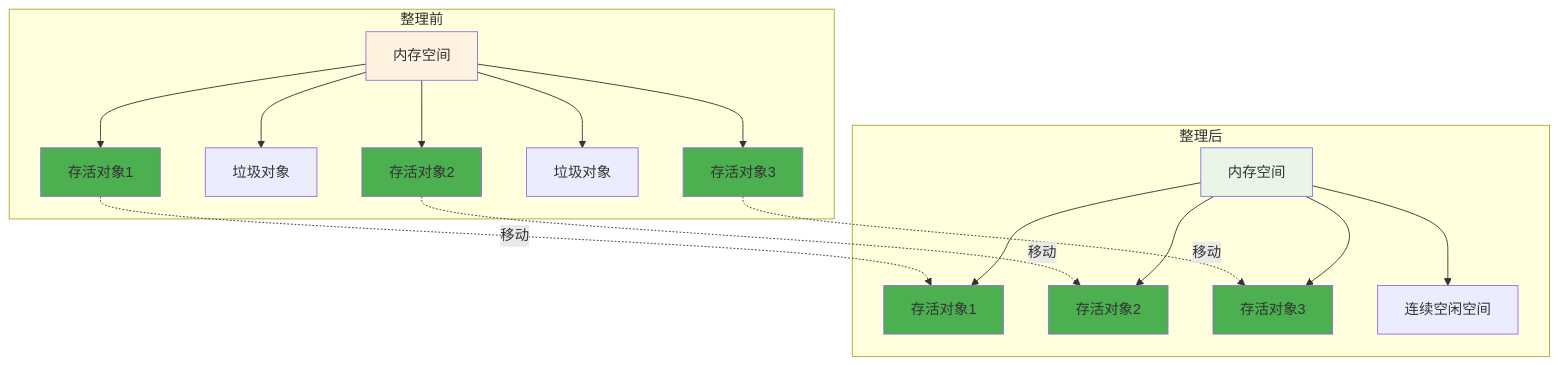
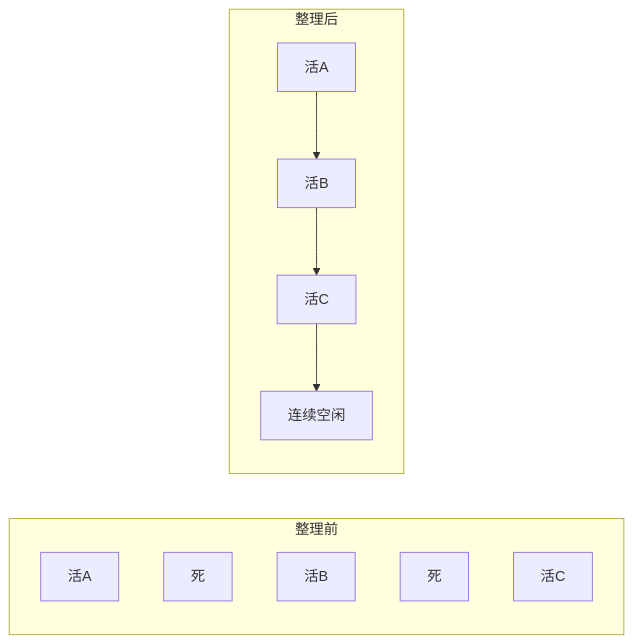
One commit to chongyang211/YCBookBlog changed the eighth of 9 diagrams in 00.通用技术的提升/02.程序编程原理/04.第4卷-内存的真相/33.内存回收机制设计.md. Above: the diagram before and after it, drawn with Mermaid. The commit also changed other lines of this file and 1 other file, not shown here.

````diff
--- a/00.通用技术的提升/02.程序编程原理/04.第4卷-内存的真相/33.内存回收机制设计.md
+++ b/00.通用技术的提升/02.程序编程原理/04.第4卷-内存的真相/33.内存回收机制设计.md
@@ -716,32 +785,13 @@
 ```mermaid
-graph TB
-    subgraph "整理前"
-        A[内存空间]
-        A --> A1[存活对象1]
-        A --> A2[垃圾对象]
-        A --> A3[存活对象2]
-        A --> A4[垃圾对象]
-        A --> A5[存活对象3]
+flowchart LR
+    subgraph Before[整理前]
+        A1[活A]
+        A2[死]
+        A3[活B]
+        A4[死]
+        A5[活C]
     end
-    
-    subgraph "整理后"
-        B[内存空间]
-        B --> B1[存活对象1]
-        B --> B2[存活对象2]
-        B --> B3[存活对象3]
-        B --> B4[连续空闲空间]
+    subgraph After[整理后]
+        B1[活A] --> B2[活B] --> B3[活C] --> B4[连续空闲]
     end
-    
-    A1 -.移动.-> B1
-    A3 -.移动.-> B2
-    A5 -.移动.-> B3
-    
-    style A fill:#fff3e0
-    style B fill:#e8f5e8
-    style A1 fill:#4caf50
-    style A3 fill:#4caf50
-    style A5 fill:#4caf50
-    style B1 fill:#4caf50
-    style B2 fill:#4caf50
-    style B3 fill:#4caf50
 ```
````
